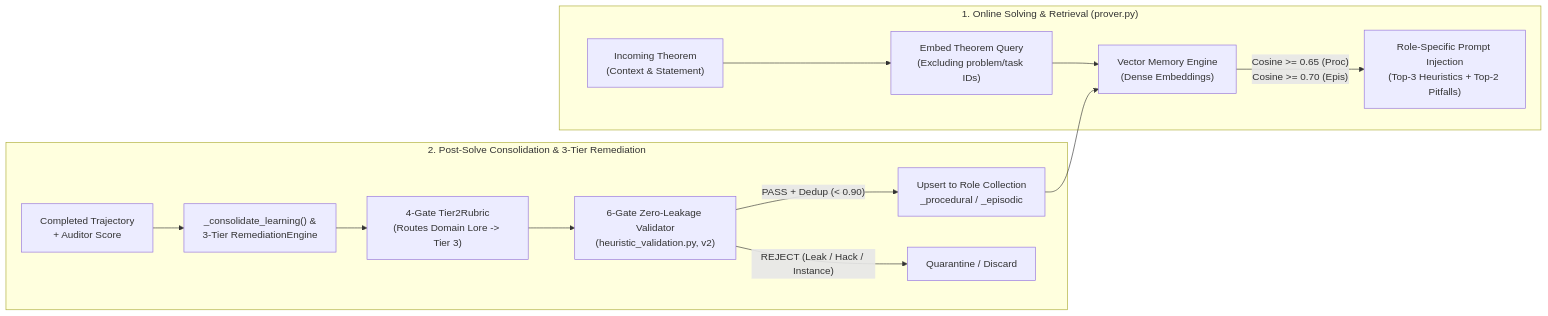
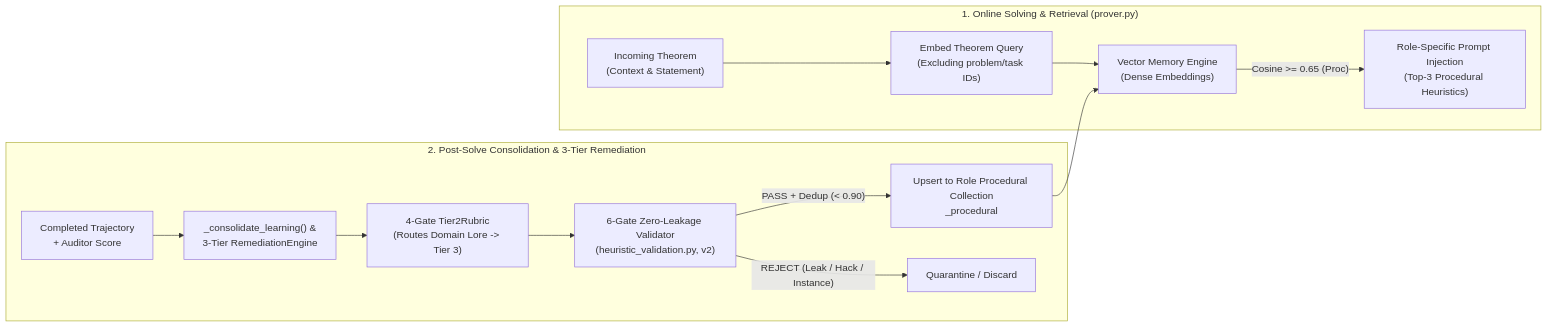
One commit to dionyziuz/proof_harness changed the first of 2 diagrams in docs/articles/arxiv-prime-math-neuro-symbolic-prover-harness.md. Above: the diagram before and after it, drawn with Mermaid. The commit also changed other lines of this file and 2 other files, not shown here.

Commit message:
docs: align memory architecture with code by removing fictional episodic retrieval claims

````diff
--- a/docs/articles/arxiv-prime-math-neuro-symbolic-prover-harness.md
+++ b/docs/articles/arxiv-prime-math-neuro-symbolic-prover-harness.md
@@ -164,17 +164,17 @@
 ```mermaid
 flowchart LR
     subgraph SolveLoop["1. Online Solving & Retrieval (prover.py)"]
         TaskIn["Incoming Theorem\n(Context & Statement)"] --> EmbedQ["Embed Theorem Query\n(Excluding problem/task IDs)"]
         EmbedQ --> TV["Vector Memory Engine\n(Dense Embeddings)"]
-        TV -->|"Cosine >= 0.65 (Proc)\nCosine >= 0.70 (Epis)"| Inject["Role-Specific Prompt Injection\n(Top-3 Heuristics + Top-2 Pitfalls)"]
+        TV -->|"Cosine >= 0.65 (Proc)"| Inject["Role-Specific Prompt Injection\n(Top-3 Procedural Heuristics)"]
     end
 
     subgraph LearningLoop["2. Post-Solve Consolidation & 3-Tier Remediation"]
         Trace["Completed Trajectory\n+ Auditor Score"] --> Consolidate["_consolidate_learning() &\n3-Tier RemediationEngine"]
         Consolidate --> Rubric["4-Gate Tier2Rubric\n(Routes Domain Lore -> Tier 3)"]
         Rubric --> Gate6["6-Gate Zero-Leakage Validator\n(heuristic_validation.py, v2)"]
-        Gate6 -->|"PASS + Dedup (< 0.90)"| Upsert["Upsert to Role Collection\n<agent_id>_procedural / _episodic"]
+        Gate6 -->|"PASS + Dedup (< 0.90)"| Upsert["Upsert to Role Procedural Collection\n<agent_id>_procedural"]
         Gate6 -->|"REJECT (Leak / Hack / Instance)"| Drop["Quarantine / Discard"]
         Upsert --> TV
     end
 ```
````
